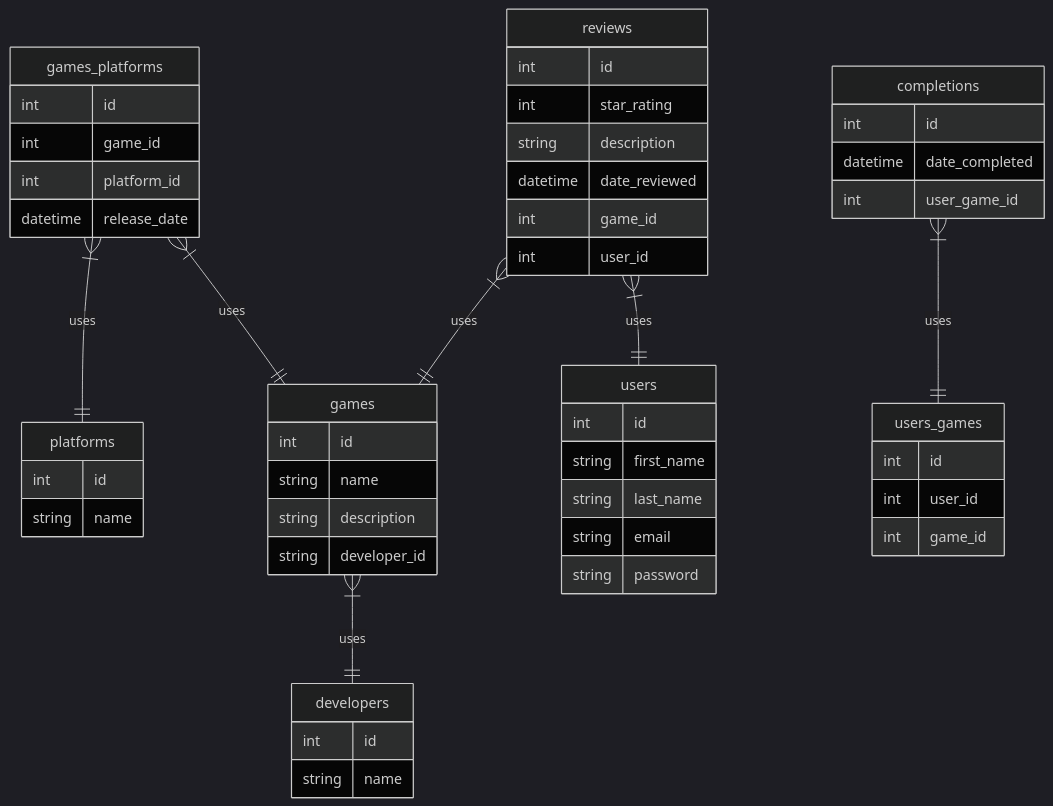
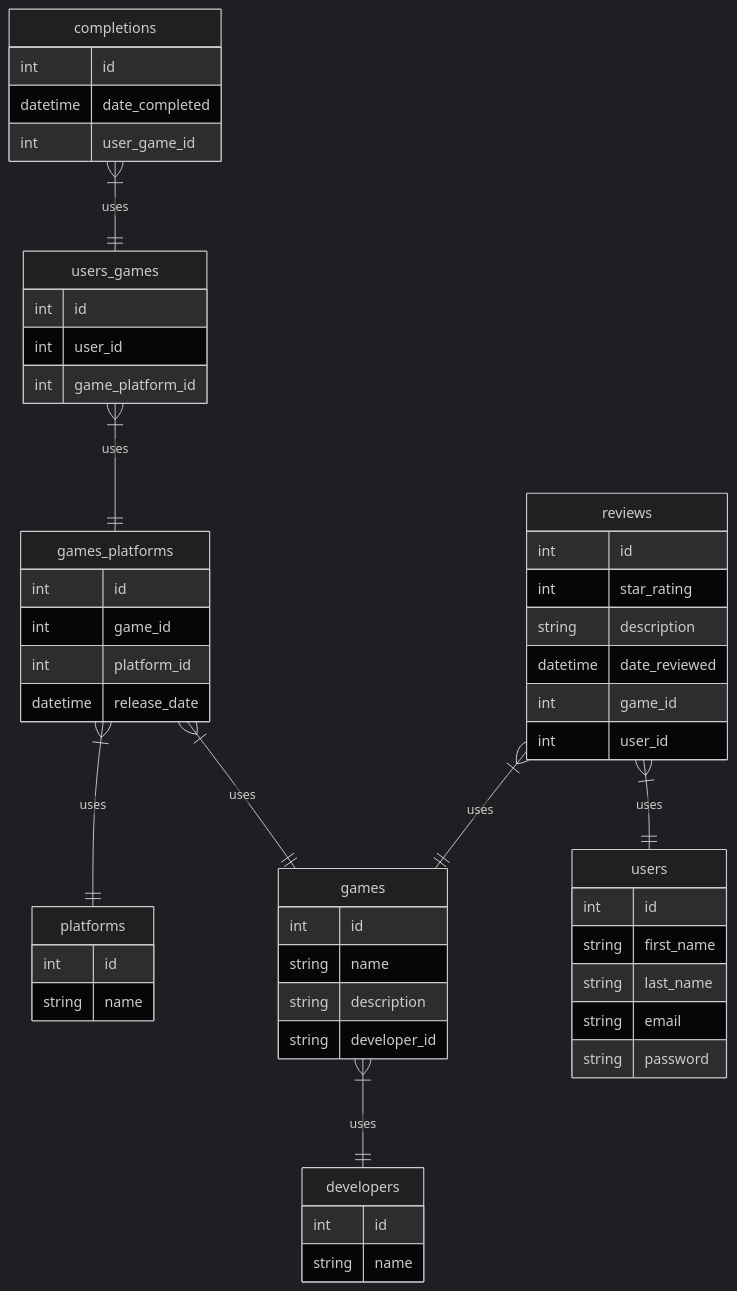
Before and after one commit to Haikira/VGLogger: the second of 2 diagrams in README.md, drawn with Mermaid.

````diff
--- a/README.md
+++ b/README.md
@@ -42,59 +42,61 @@
 ``` mermaid
 %%{init: {'theme': 'dark' } }%%
 
 erDiagram
 
         games {
                 int id
                 string name                
                 string description
                 string developer_id
         }
         platforms {
                 int id
                 string name                
         }
         games_platforms {
                 int id
                 int game_id
                 int platform_id
                 datetime release_date
         }
         users_games {
                 int id
                 int user_id
-                int game_id
+                int game_platform_id
         }
         users {
                 int id
                 string first_name
                 string last_name
                 string email
                 string password
         }
         developers {
                 int id
                 string name
         }
         reviews {
                 int id
                 int star_rating
                 string description
                 datetime date_reviewed
                 int game_id
                 int user_id
         }
         completions {
                 int id
                 datetime date_completed
                 int user_game_id
         }
         
         games }|--|| developers: "uses"
         games_platforms }|--|| platforms: "uses"
         reviews }|--|| games: "uses"
         reviews }|--|| users: "uses"        
         completions }|--|| users_games: "uses"
         games_platforms }|--|| games: "uses"
+        
+        users_games }|--|| games_platforms: "uses"
 
 ```
````
